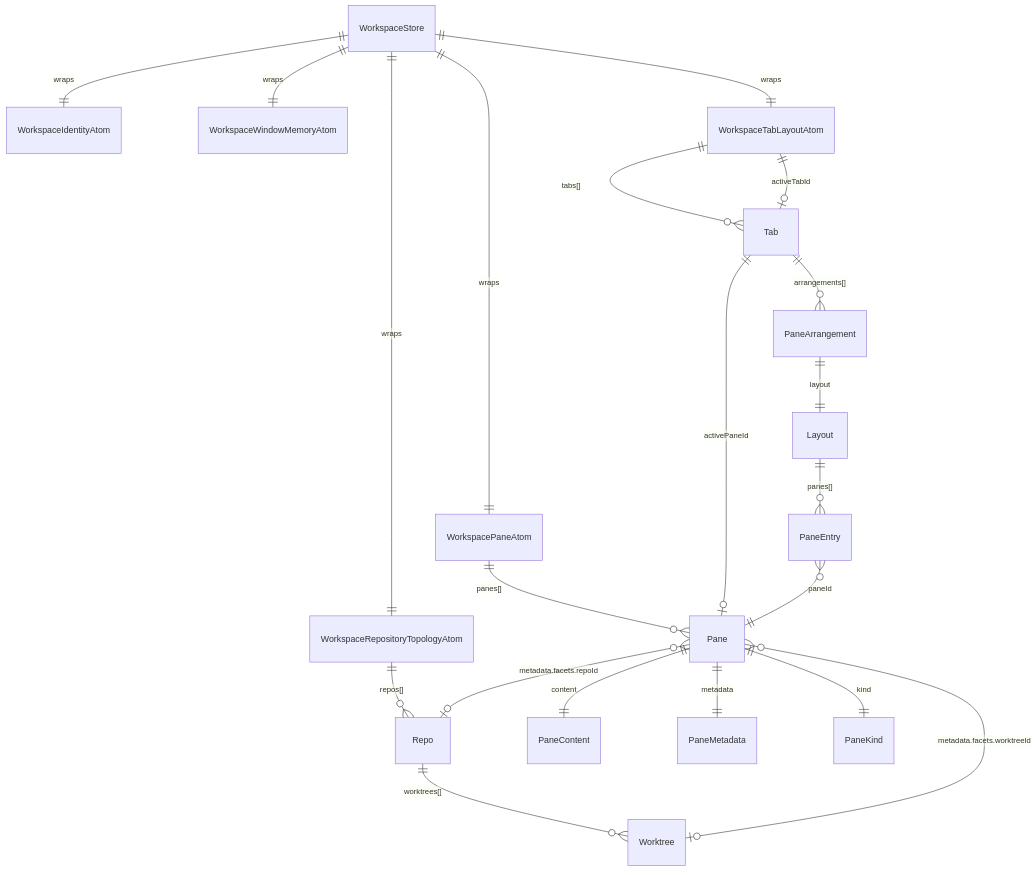
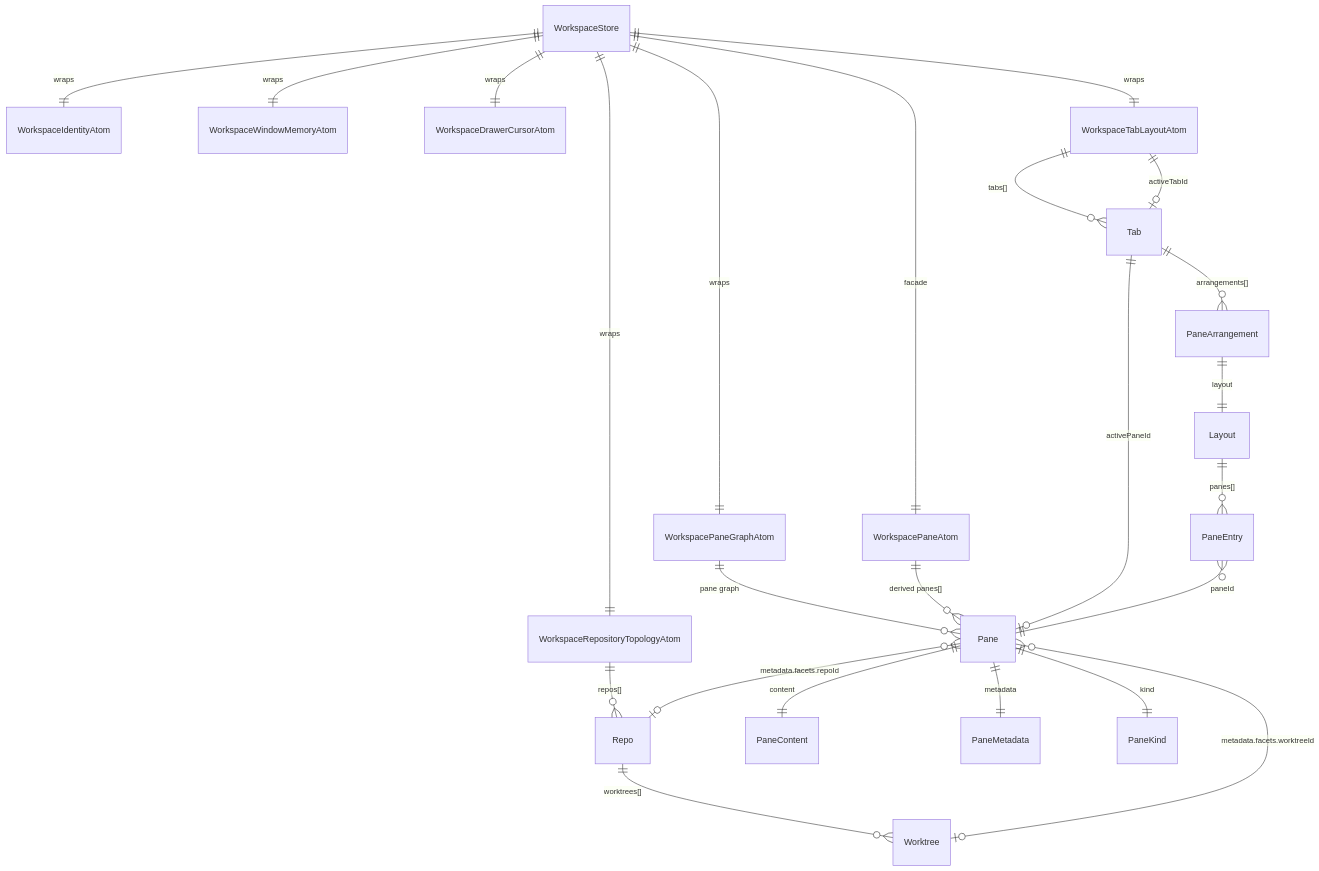
The first of 3 diagrams in docs/architecture/component_architecture.md (ShravanSunder/agentstudio), drawn with Mermaid before and after one commit. The commit also changed other lines of this file and 14 other files, not shown here.

Commit message:
Split pane graph and drawer cursor atoms

````diff
--- a/docs/architecture/component_architecture.md
+++ b/docs/architecture/component_architecture.md
@@ -71,29 +71,32 @@
 ```mermaid
 erDiagram
     WorkspaceStore ||--|| WorkspaceIdentityAtom : "wraps"
     WorkspaceStore ||--|| WorkspaceWindowMemoryAtom : "wraps"
     WorkspaceStore ||--|| WorkspaceRepositoryTopologyAtom : "wraps"
-    WorkspaceStore ||--|| WorkspacePaneAtom : "wraps"
+    WorkspaceStore ||--|| WorkspacePaneGraphAtom : "wraps"
+    WorkspaceStore ||--|| WorkspaceDrawerCursorAtom : "wraps"
+    WorkspaceStore ||--|| WorkspacePaneAtom : "facade"
     WorkspaceStore ||--|| WorkspaceTabLayoutAtom : "wraps"
 
     WorkspaceRepositoryTopologyAtom ||--o{ Repo : "repos[]"
     Repo ||--o{ Worktree : "worktrees[]"
 
-    WorkspacePaneAtom ||--o{ Pane : "panes[]"
+    WorkspacePaneGraphAtom ||--o{ Pane : "pane graph"
+    WorkspacePaneAtom ||--o{ Pane : "derived panes[]"
     WorkspaceTabLayoutAtom ||--o{ Tab : "tabs[]"
     WorkspaceTabLayoutAtom ||--o| Tab : "activeTabId"
 
     Tab ||--o{ PaneArrangement : "arrangements[]"
     Tab ||--o| Pane : "activePaneId"
 
     PaneArrangement ||--|| Layout : "layout"
     Layout ||--o{ PaneEntry : "panes[]"
     PaneEntry }o--|| Pane : "paneId"
 
     Pane ||--|| PaneContent : "content"
     Pane ||--|| PaneMetadata : "metadata"
     Pane ||--|| PaneKind : "kind"
 
     Pane }o--o| Worktree : "metadata.facets.worktreeId"
     Pane }o--o| Repo : "metadata.facets.repoId"
 ```
````
